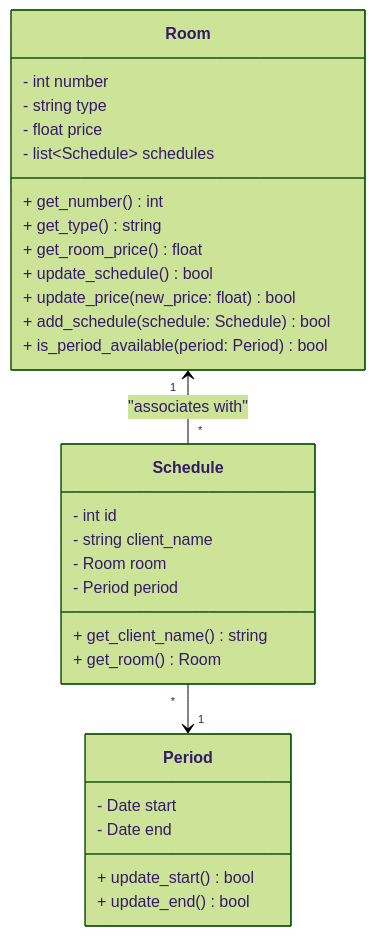
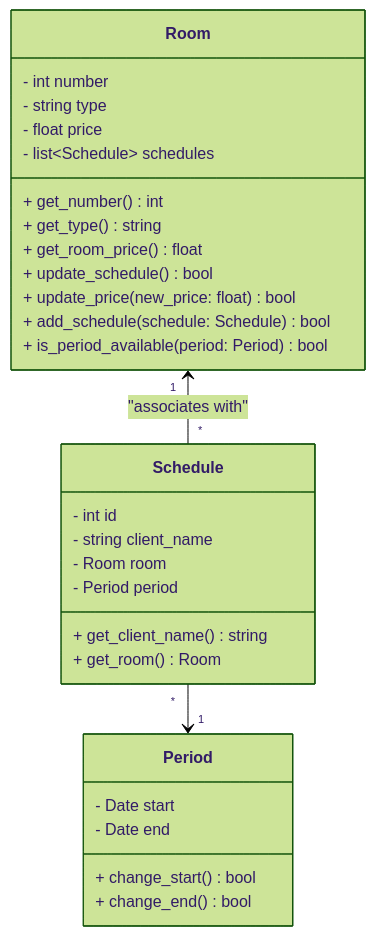
The diagram in README.md (PedroLuisDionisioFraga/poetry-and-pytest-usage), drawn with Mermaid (forest theme) before and after one commit. The commit also changed other lines of this file, not shown here.

````diff
--- a/README.md
+++ b/README.md
@@ -15,35 +15,35 @@
 ```mermaid
 classDiagram
     class Room {
         - int number
         - string type
         - float price
         - list~Schedule~ schedules
         + get_number() int
         + get_type() string
         + get_room_price() float
         + update_schedule() bool
         + update_price(new_price: float) bool
         + add_schedule(schedule: Schedule) bool
         + is_period_available(period: Period) bool
     }
 
     class Schedule {
         - int id
         - string client_name
         - Room room
         - Period period
         + get_client_name() string
         + get_room() Room
     }
 
     class Period {
         - Date start
         - Date end
-        + update_start() bool
-        + update_end() bool
+        + change_start() bool
+        + change_end() bool
     }
 
     Room "1" <-- "*" Schedule : "associates with"
     Schedule "*" --> "1" Period
 ```
````
